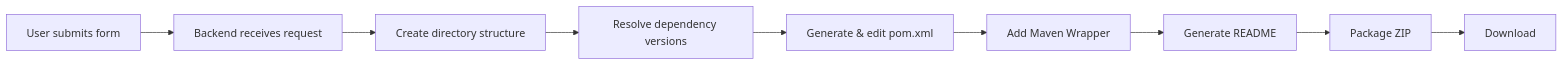
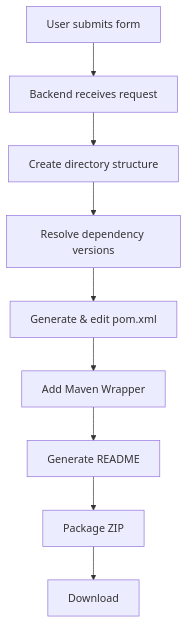
One commit to support-and-care/maven-initializer changed the second of 4 diagrams in docs/architecture.md. Above: the diagram before and after it, drawn with Mermaid. The commit also changed other lines of this file and 3 other files, not shown here.

Commit message:
improve the mermaid diagrams

````diff
--- a/docs/architecture.md
+++ b/docs/architecture.md
@@ -59,14 +66,14 @@
 ```mermaid
-flowchart LR
+flowchart TB
     A[User submits form]
     B[Backend receives request]
     C[Create directory structure]
     D[Resolve dependency versions]
     E[Generate & edit pom.xml]
     F[Add Maven Wrapper]
     G[Generate README]
     H[Package ZIP]
     I[Download]
 
     A --> B --> C --> D --> E --> F --> G --> H --> I
 ```
````
